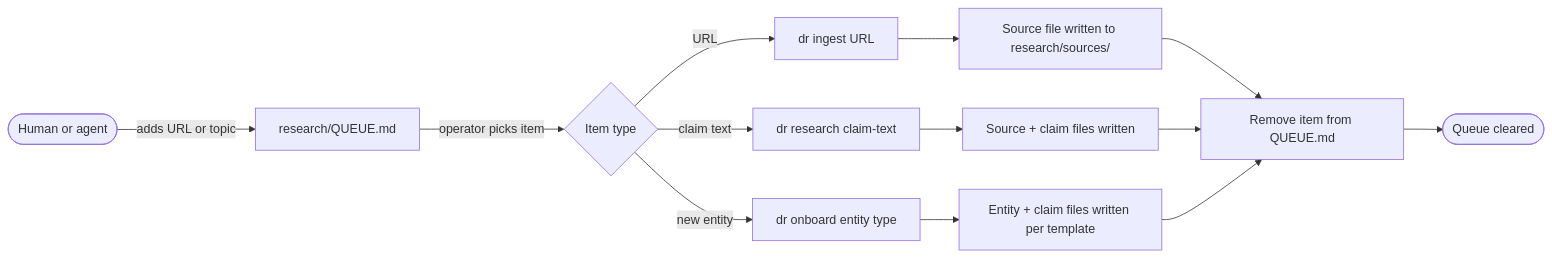
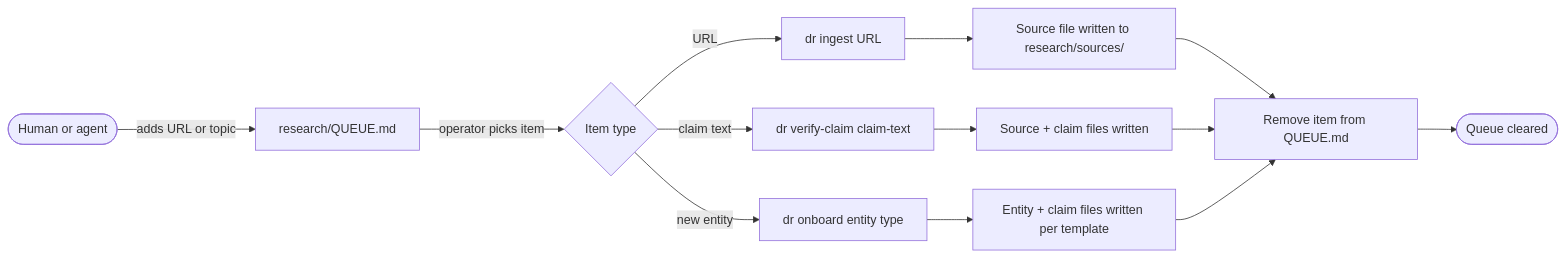
The second of 5 diagrams in docs/architecture/research-flow.md (dangerous-robot/site), drawn with Mermaid before and after one commit. The commit also changed other lines of this file and 20 other files, not shown here.

First line of the commit message:
docs(v1): vocabulary pass, roadmap updates, and content backfill

````diff
--- a/docs/architecture/research-flow.md
+++ b/docs/architecture/research-flow.md
@@ -47,15 +47,15 @@
 ```mermaid
 flowchart LR
     A([Human or agent]) -->|adds URL or topic| B[research/QUEUE.md]
     B -->|operator picks item| C{Item type}
     C -->|URL| D[dr ingest URL]
-    C -->|claim text| E[dr research claim-text]
+    C -->|claim text| E[dr verify-claim claim-text]
     C -->|new entity| F[dr onboard entity type]
     D --> G[Source file written to research/sources/]
     E --> H[Source + claim files written]
     F --> I[Entity + claim files written per template]
     G --> J[Remove item from QUEUE.md]
     H --> J
     I --> J
     J --> K([Queue cleared])
 ```
````
